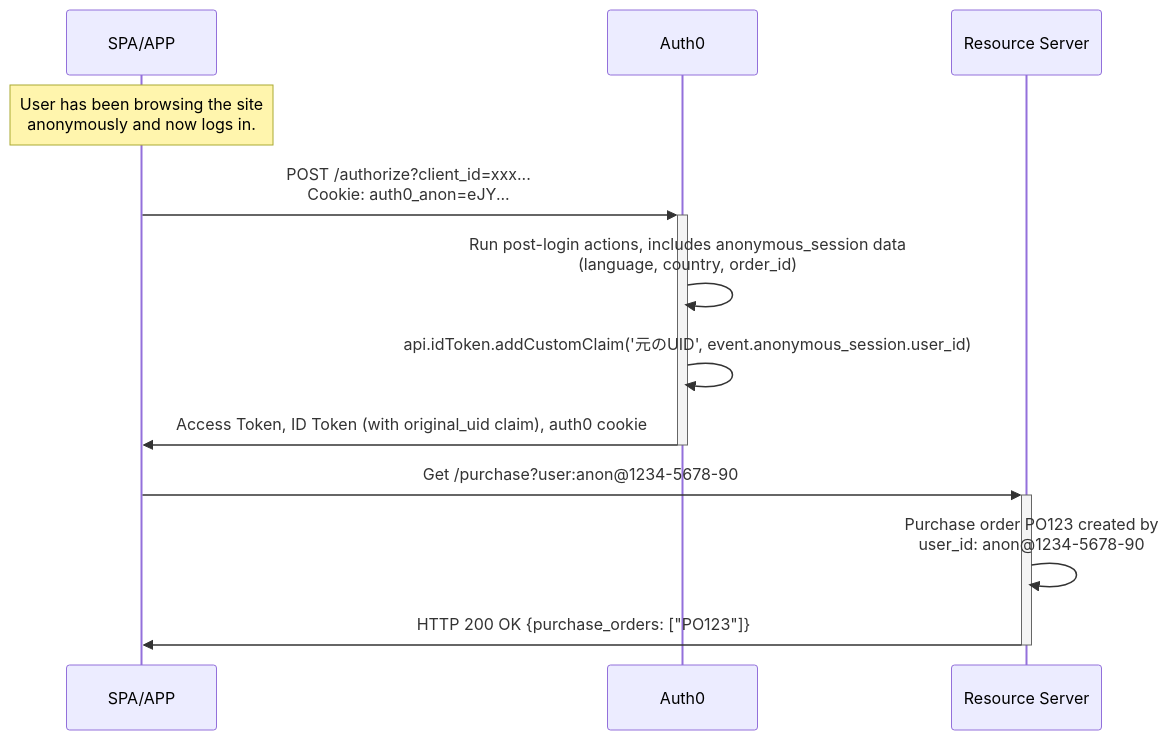
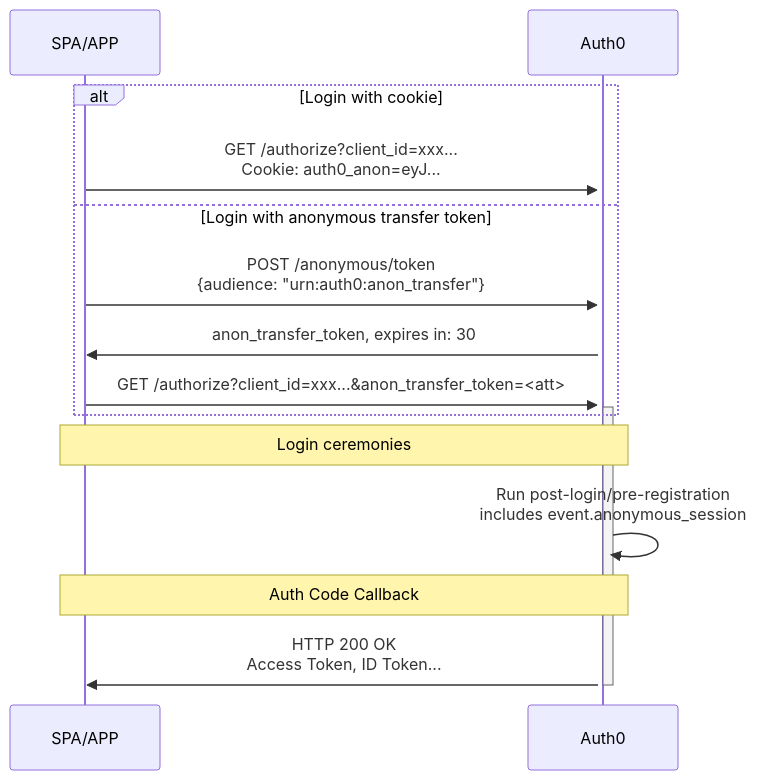
Before and after one commit to auth0/docs-v2: the second of 2 diagrams in main/docs/ja-jp/manage-users/sessions/anonymous-sessions.mdx, drawn with Mermaid. The commit also changed other lines of this file and 1478 other files, not shown here.

````diff
--- a/main/docs/ja-jp/manage-users/sessions/anonymous-sessions.mdx
+++ b/main/docs/ja-jp/manage-users/sessions/anonymous-sessions.mdx
@@ -92,14 +98,16 @@
 ```mermaid actions={false}
 sequenceDiagram
   participant app as SPA/APP
   participant idp as Auth0
-  participant rs as Resource Server
-  note over app: User has been browsing the site<br>anonymously and now logs in.
-  app ->>+ idp: POST /authorize?client_id=xxx... <br>Cookie: auth0_anon=eJY...
-  idp ->> idp: Run post-login actions, includes anonymous_session data<br> (language, country, order_id)
-  idp ->> idp: api.idToken.addCustomClaim('元のUID', event.anonymous_session.user_id)
-  idp ->>- app: Access Token, ID Token (with original_uid claim), auth0 cookie
-  app ->>+ rs: Get /purchase?user:anon@1234-5678-90
-  rs ->> rs: Purchase order PO123 created by <br>user_id: anon@1234-5678-90
-  rs ->>- app: HTTP 200 OK {purchase_orders: ["PO123"]}
+  alt Login with cookie
+    app ->>+ idp: GET /authorize?client_id=xxx...<br>Cookie: auth0_anon=eyJ...
+  else Login with anonymous transfer token
+    app ->> idp: POST /anonymous/token<br>{audience: "urn:auth0:anon_transfer"}
+    idp ->> app: anon_transfer_token, expires in: 30
+    app ->>+ idp: GET /authorize?client_id=xxx...&anon_transfer_token=<att>
+  end
+  note over app,idp: Login ceremonies
+  idp ->> idp: Run post-login/pre-registration<br>includes event.anonymous_session
+  note over app,idp: Auth Code Callback
+  idp ->>- app: HTTP 200 OK <br> Access Token, ID Token...
 ```
````
